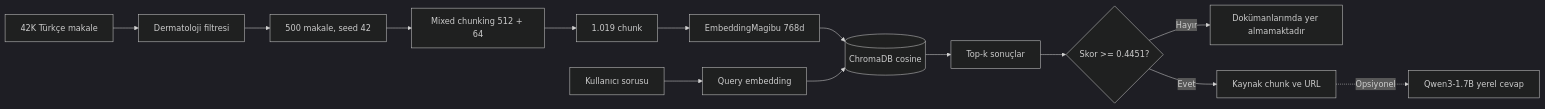
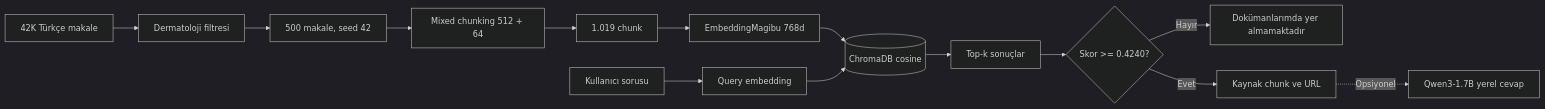
The diagram in README.md (berkbirkan/turkish-medical-vector-search), drawn with Mermaid (dark theme) before and after one commit. The commit also changed other lines of this file and 16 other files, not shown here.

````diff
--- a/README.md
+++ b/README.md
@@ -43,16 +43,16 @@
 ```mermaid
 flowchart LR
     A[42K Türkçe makale] --> B[Dermatoloji filtresi]
     B --> C[500 makale, seed 42]
     C --> D[Mixed chunking 512 + 64]
     D --> E[1.019 chunk]
     E --> F[EmbeddingMagibu 768d]
     F --> G[(ChromaDB cosine)]
     Q[Kullanıcı sorusu] --> H[Query embedding]
     H --> G
     G --> I[Top-k sonuçlar]
-    I --> J{Skor >= 0.4451?}
+    I --> J{Skor >= 0.4240?}
     J -- Hayır --> K[Dokümanlarımda yer almamaktadır]
     J -- Evet --> L[Kaynak chunk ve URL]
     L -. Opsiyonel .-> M[Qwen3-1.7B yerel cevap]
 ```
````
